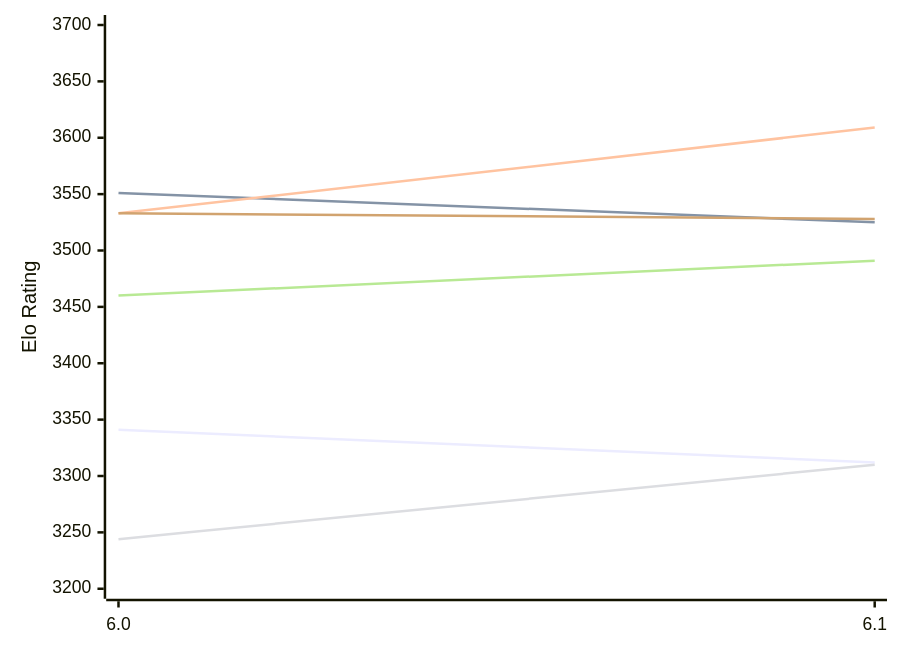
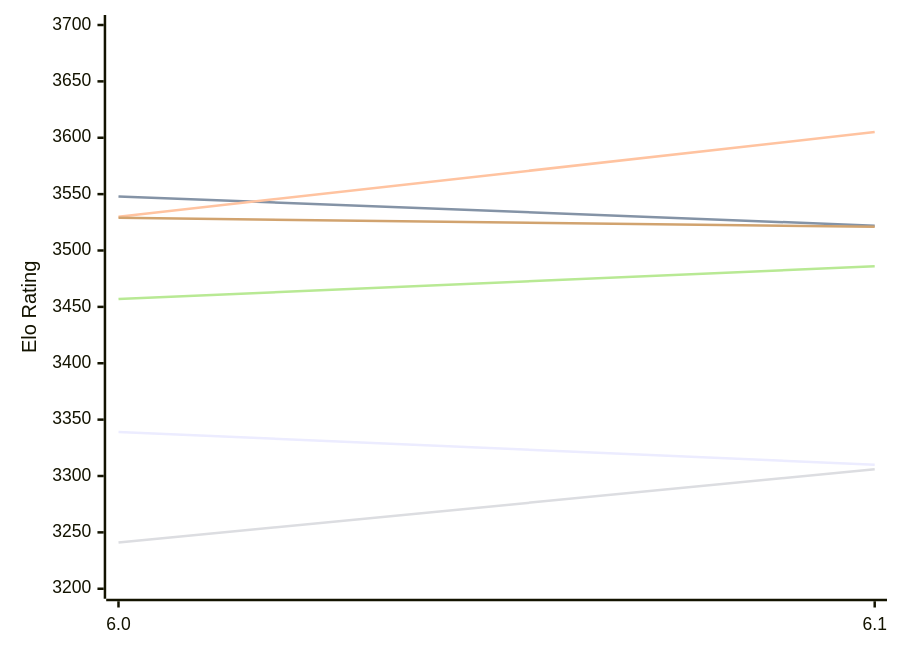
Before and after one commit to computer-chess-index/cci: the first of 2 diagrams in engines/Starzix.md, drawn with Mermaid. The commit also changed other lines of this file, not shown here.

Commit message:
Update CCI Ratings (ELO VLTC) - 2026-11-19

````diff
--- a/engines/Starzix.md
+++ b/engines/Starzix.md
@@ -51,12 +51,12 @@
 ```mermaid
 %%{init: {"theme":"base","themeVariables":{"seriesColors:['#a3a3a3','#222221','#faa371']}}}%%
 xychart-beta
   x-axis ["6.0", "6.1"]
   y-axis "Elo Rating" 3200 --> 3700
-  line "E1: STC (8.0+0.08s)" [3341, 3312]
-  line "E1: LTC (60.0+0.60s)" [3551, 3525]
-  line "E1: VLTC (2m24s+1.12s)" [3533, 3609]
-  line "P1: STC (8.0+0.08s)" [3244, 3310]
-  line "P1: LTC (60.0+0.60s)" [3460, 3491]
-  line "P1: VLTC (2m24s+1.12s)" [3533, 3528]
+  line "E1: STC (8.0+0.08s)" [3339, 3310]
+  line "E1: LTC (60.0+0.60s)" [3548, 3522]
+  line "E1: VLTC (2m24s+1.12s)" [3530, 3605]
+  line "P1: STC (8.0+0.08s)" [3241, 3306]
+  line "P1: LTC (60.0+0.60s)" [3457, 3486]
+  line "P1: VLTC (2m24s+1.12s)" [3529, 3521]
 ```
````
